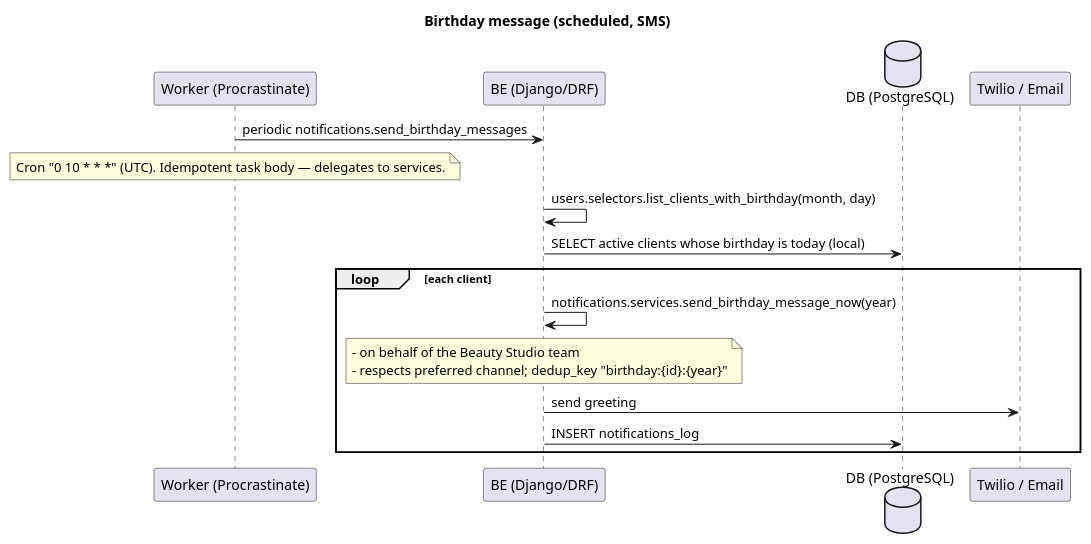
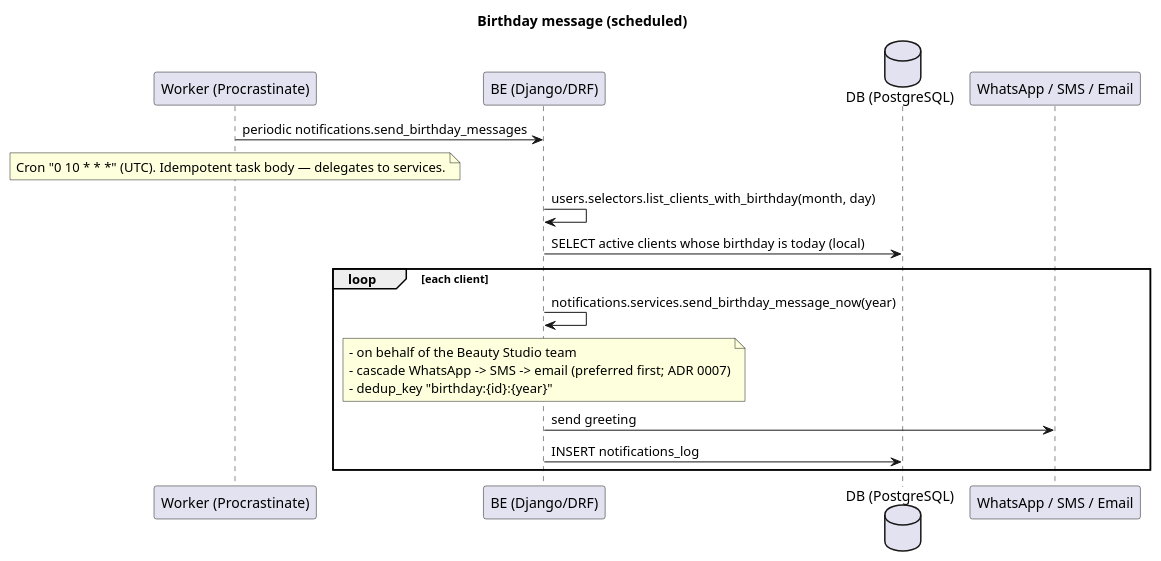
Before and after one commit to diogomaia00/beautystudio: the diagram in docs/flows/birthday-message.puml, drawn with PlantUML. The commit also changed 7 other files, not shown here.

Commit message:
doc: added new flows

```diff
--- a/docs/flows/birthday-message.puml
+++ b/docs/flows/birthday-message.puml
@@ -1,24 +1,25 @@
 @startuml
-title Birthday message (scheduled, SMS)
+title Birthday message (scheduled)
 
 participant "Worker (Procrastinate)" as Worker
 participant "BE (Django/DRF)" as BE
 database "DB (PostgreSQL)" as DB
-participant "Twilio / Email" as Channel
+participant "WhatsApp / SMS / Email" as Channel
 
 Worker -> BE : periodic notifications.send_birthday_messages
 note over Worker
   Cron "0 10 * * *" (UTC). Idempotent task body — delegates to services.
 end note
 BE -> BE : users.selectors.list_clients_with_birthday(month, day)
 BE -> DB : SELECT active clients whose birthday is today (local)
 loop each client
   BE -> BE : notifications.services.send_birthday_message_now(year)
   note over BE
     - on behalf of the Beauty Studio team
-    - respects preferred channel; dedup_key "birthday:{id}:{year}"
+    - cascade WhatsApp -> SMS -> email (preferred first; ADR 0007)
+    - dedup_key "birthday:{id}:{year}"
   end note
   BE -> Channel : send greeting
   BE -> DB : INSERT notifications_log
 end
 @enduml
```
